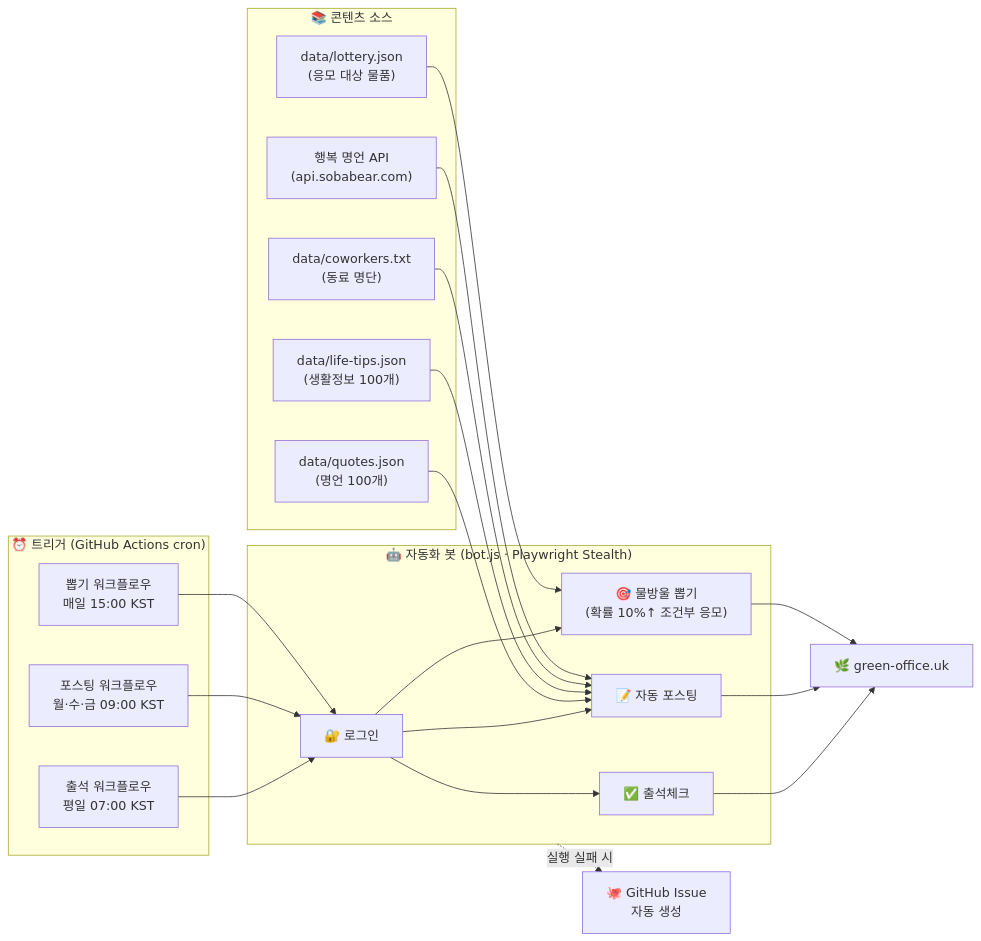
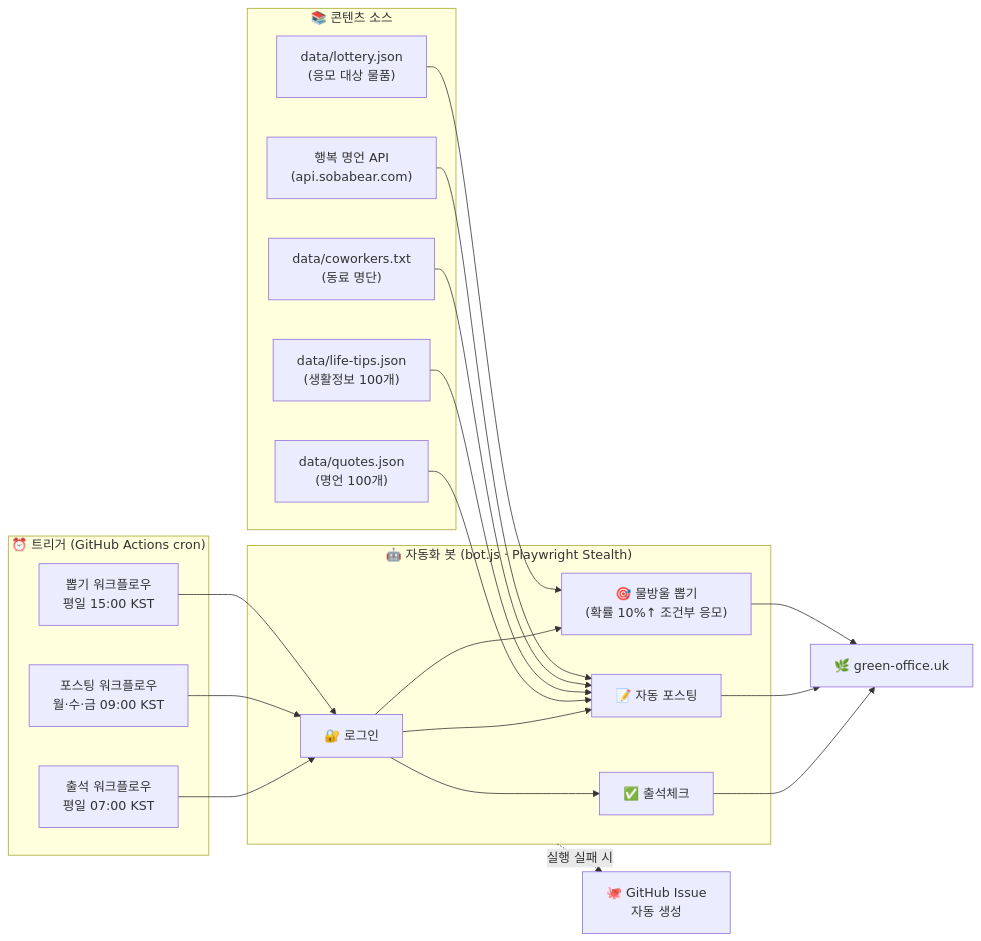
The first of 3 diagrams in README.md (leemgs/green-office-agent), drawn with Mermaid before and after one commit. The commit also changed other lines of this file and 1 other file, not shown here.

First line of the commit message:
chore: 물방울 뽑기 워크플로우를 평일(월~금)에만 실행

````diff
--- a/README.md
+++ b/README.md
@@ -11,42 +11,42 @@
 ```mermaid
 flowchart LR
     subgraph TRIGGER["⏰ 트리거 (GitHub Actions cron)"]
         A1["출석 워크플로우<br/>평일 07:00 KST"]
         A2["포스팅 워크플로우<br/>월·수·금 09:00 KST"]
-        A3["뽑기 워크플로우<br/>매일 15:00 KST"]
+        A3["뽑기 워크플로우<br/>평일 15:00 KST"]
     end
 
     subgraph SRC["📚 콘텐츠 소스"]
         Q["data/quotes.json<br/>(명언 100개)"]
         L["data/life-tips.json<br/>(생활정보 100개)"]
         C["data/coworkers.txt<br/>(동료 명단)"]
         LOT["data/lottery.json<br/>(응모 대상 물품)"]
         API["행복 명언 API<br/>(api.sobabear.com)"]
     end
 
     subgraph BOT["🤖 자동화 봇 (bot.js · Playwright Stealth)"]
         LOGIN["🔐 로그인"]
         ATT["✅ 출석체크"]
         POST["📝 자동 포스팅"]
         GACHA["🎯 물방울 뽑기<br/>(확률 10%↑ 조건부 응모)"]
         LOGIN --> ATT
         LOGIN --> POST
         LOGIN --> GACHA
     end
 
     SITE["🌿 green-office.uk"]
     ISSUE["🐙 GitHub Issue<br/>자동 생성"]
 
     A1 --> LOGIN
     A2 --> LOGIN
     A3 --> LOGIN
     Q --> POST
     L --> POST
     C --> POST
     API --> POST
     LOT --> GACHA
     ATT --> SITE
     POST --> SITE
     GACHA --> SITE
     BOT -. 실행 실패 시 .-> ISSUE
 ```
````
